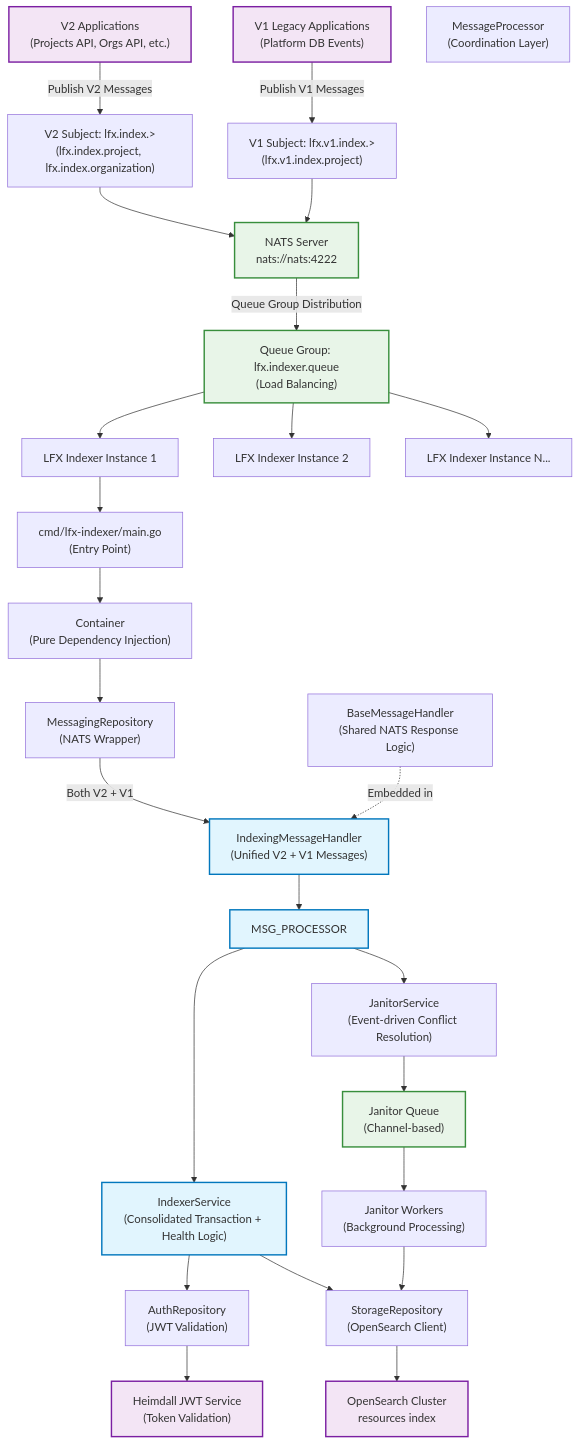
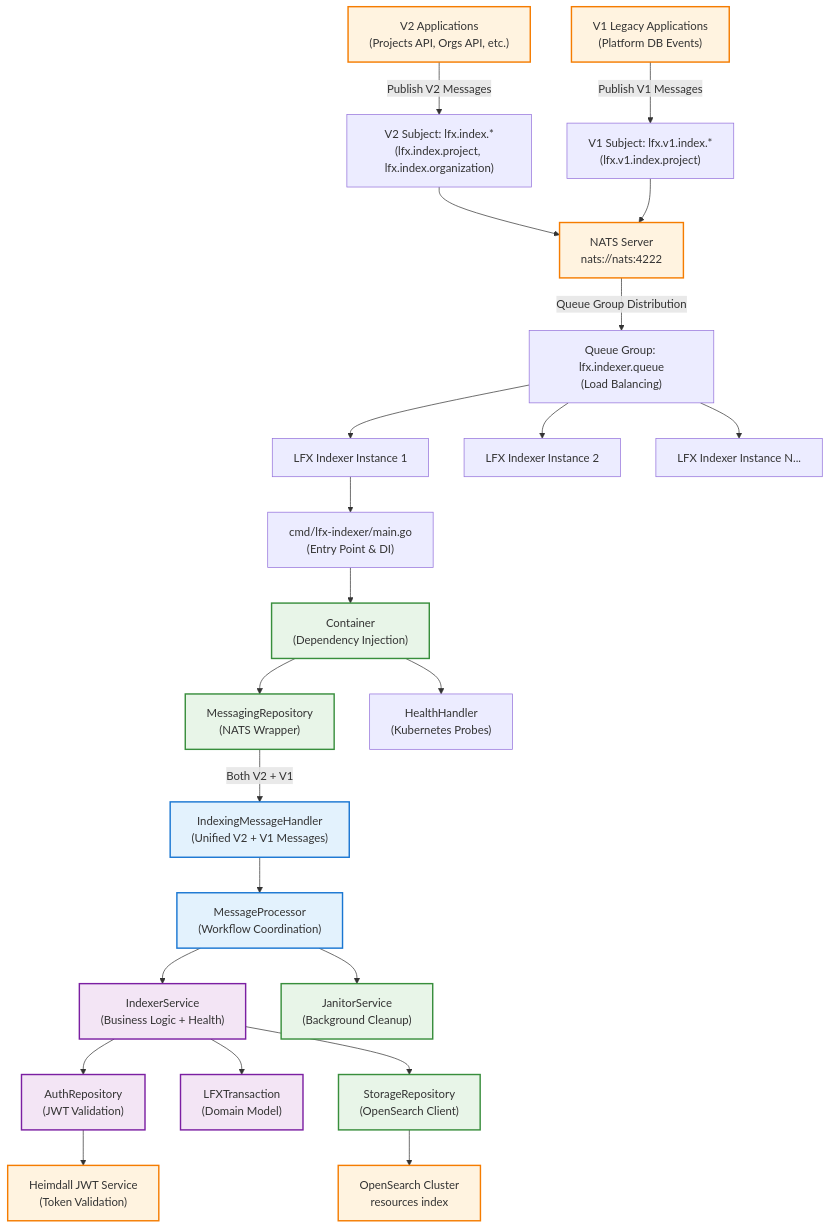
The first of 2 diagrams in README.md (linuxfoundation/lfx-v2-indexer-service), drawn with Mermaid before and after one commit. The commit also changed other lines of this file and 48 other files, not shown here.

Commit message:
Added the github workflow, license headers. Fixed lint errors and project enrichment issues.

````diff
--- a/README.md
+++ b/README.md
@@ -117,8 +116,8 @@
     
     %% NATS Infrastructure
     NATS_SERVER["NATS Server<br/>nats://nats:4222"]
-    V2_SUBJECT["V2 Subject: lfx.index.><br/>(lfx.index.project, lfx.index.organization)"]
-    V1_SUBJECT["V1 Subject: lfx.v1.index.><br/>(lfx.v1.index.project)"]
+    V2_SUBJECT["V2 Subject: lfx.index.*<br/>(lfx.index.project, lfx.index.organization)"]
+    V1_SUBJECT["V1 Subject: lfx.v1.index.*<br/>(lfx.v1.index.project)"]
     QUEUE_GROUP["Queue Group: lfx.indexer.queue<br/>(Load Balancing)"]
     
     %% Service Instances
@@ -127,29 +126,28 @@
     INSTANCE3["LFX Indexer Instance N..."]
     
     %% Clean Architecture Layers
-    MAIN_GO["cmd/lfx-indexer/main.go<br/>(Entry Point)"]
-    CONTAINER["Container<br/>(Pure Dependency Injection)"]
+    MAIN_GO["cmd/lfx-indexer/main.go<br/>(Entry Point & DI)"]
+    CONTAINER["Container<br/>(Dependency Injection)"]
     MSG_REPO["MessagingRepository<br/>(NATS Wrapper)"]
     
     %% Presentation Layer
-    BASE_HANDLER["BaseMessageHandler<br/>(Shared NATS Response Logic)"]
     UNIFIED_HANDLER["IndexingMessageHandler<br/>(Unified V2 + V1 Messages)"]
+    HEALTH_HANDLER["HealthHandler<br/>(Kubernetes Probes)"]
     
     %% Application Layer
-    INDEXING_UC["MessageProcessor<br/>(Coordination Layer)"]
+    MESSAGE_PROCESSOR["MessageProcessor<br/>(Workflow Coordination)"]
     
-    %% Domain Layer (Consolidated)
-    INDEXER_SVC["IndexerService<br/>(Consolidated Transaction + Health Logic)"]
+    %% Domain Layer
+    INDEXER_SVC["IndexerService<br/>(Business Logic + Health)"]
     AUTH_REPO["AuthRepository<br/>(JWT Validation)"]
+    TRANSACTION_ENTITY["LFXTransaction<br/>(Domain Model)"]
     
     %% Infrastructure Layer
     STORAGE_REPO["StorageRepository<br/>(OpenSearch Client)"]
     OPENSEARCH["OpenSearch Cluster<br/>resources index"]
     
     %% Janitor System
-    JANITOR_QUEUE["Janitor Queue<br/>(Channel-based)"]
-    JANITOR_WORKERS["Janitor Workers<br/>(Background Processing)"]
-    JANITOR_SVC["JanitorService<br/>(Event-driven Conflict Resolution)"]
+    JANITOR_SVC["JanitorService<br/>(Background Cleanup)"]
     
     %% External Services
     JWT_SERVICE["Heimdall JWT Service<br/>(Token Validation)"]
@@ -170,33 +168,30 @@
     INSTANCE1 --> MAIN_GO
     MAIN_GO --> CONTAINER
     CONTAINER --> MSG_REPO
+    CONTAINER --> HEALTH_HANDLER
     
     MSG_REPO -->|"Both V2 + V1"| UNIFIED_HANDLER
     
-    BASE_HANDLER -.->|"Embedded in"| UNIFIED_HANDLER
+    %% Processing Flow
+    UNIFIED_HANDLER --> MESSAGE_PROCESSOR
+    MESSAGE_PROCESSOR --> INDEXER_SVC
+    MESSAGE_PROCESSOR --> JANITOR_SVC
     
-    %% Consolidated Processing Flow
-    UNIFIED_HANDLER --> MSG_PROCESSOR
-    MSG_PROCESSOR --> INDEXER_SVC
+    INDEXER_SVC --> TRANSACTION_ENTITY
     INDEXER_SVC --> AUTH_REPO
     INDEXER_SVC --> STORAGE_REPO
+    
     STORAGE_REPO --> OPENSEARCH
-    
-    %% Janitor Integration
-    MSG_PROCESSOR --> JANITOR_SVC
-    JANITOR_SVC --> JANITOR_QUEUE
-    JANITOR_QUEUE --> JANITOR_WORKERS
-    JANITOR_WORKERS --> STORAGE_REPO
-    
-    %% External Dependencies
     AUTH_REPO --> JWT_SERVICE
     
     %% Styling
-    classDef consolidated fill:#e1f5fe,stroke:#0277bd,stroke-width:2px
-    classDef external fill:#f3e5f5,stroke:#7b1fa2,stroke-width:2px
+    classDef application fill:#e3f2fd,stroke:#1976d2,stroke-width:2px
+    classDef domain fill:#f3e5f5,stroke:#7b1fa2,stroke-width:2px
     classDef infrastructure fill:#e8f5e8,stroke:#388e3c,stroke-width:2px
+    classDef external fill:#fff3e0,stroke:#f57c00,stroke-width:2px
     
-    class UNIFIED_HANDLER,MSG_PROCESSOR,INDEXER_SVC consolidated
-    class V2_APPS,V1_APPS,JWT_SERVICE,OPENSEARCH external
-    class NATS_SERVER,QUEUE_GROUP,JANITOR_QUEUE infrastructure
+    class MESSAGE_PROCESSOR,UNIFIED_HANDLER application
+    class INDEXER_SVC,TRANSACTION_ENTITY,AUTH_REPO domain
+    class CONTAINER,MSG_REPO,STORAGE_REPO,JANITOR_SVC infrastructure
+    class V2_APPS,V1_APPS,JWT_SERVICE,OPENSEARCH,NATS_SERVER external
 ```
````
